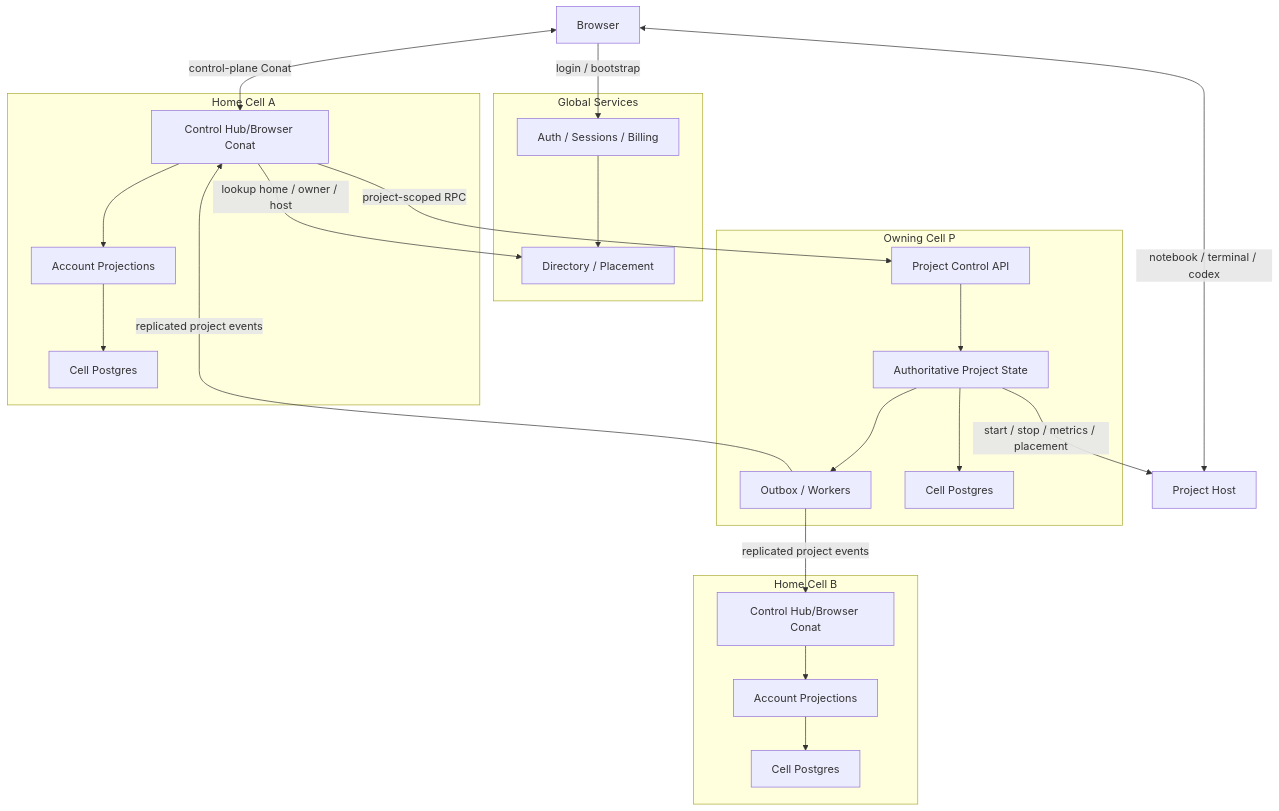
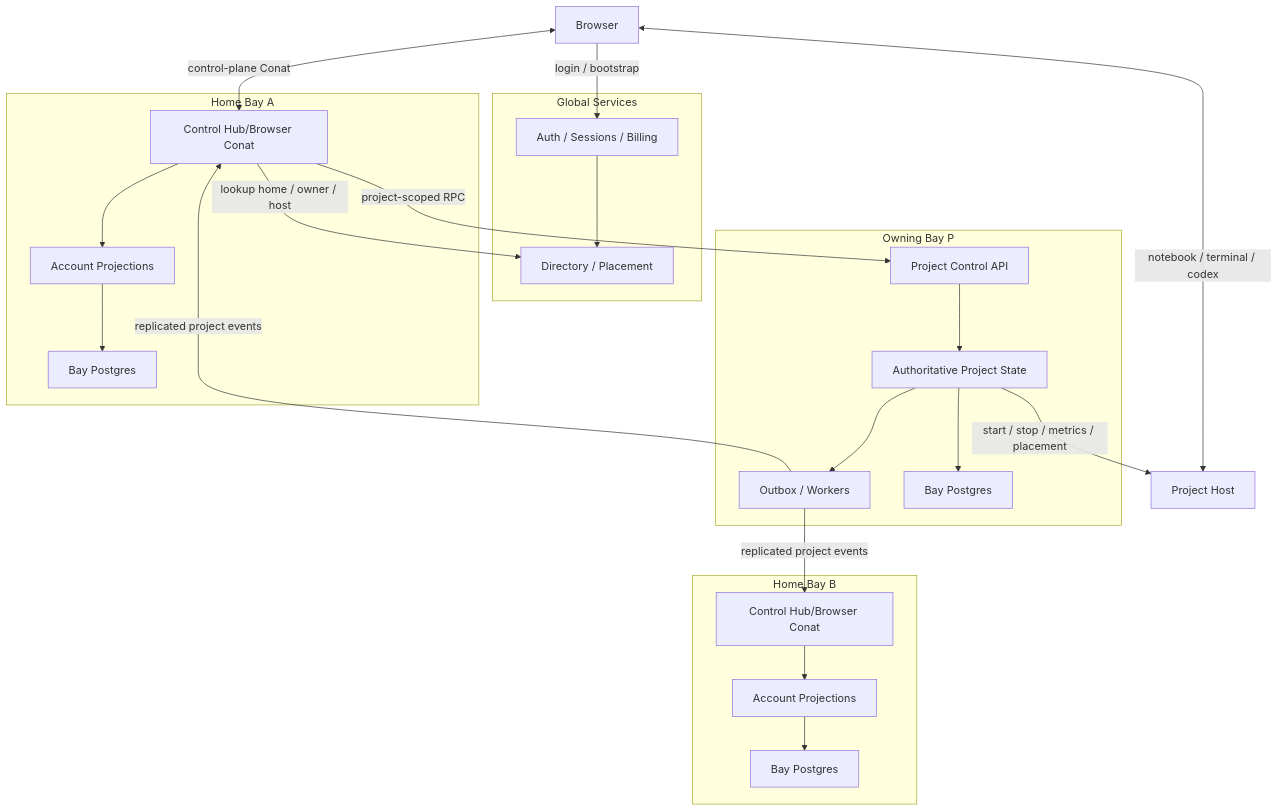
Before and after one commit to sagemathinc/cocalc-ai: the diagram in src/.agents/scalable-architecture.md, drawn with Mermaid. The commit also changed other lines of this file, not shown here.

First line of the commit message:
docs/architecture: rename cell terminology to bay

````diff
--- a/src/.agents/scalable-architecture.md
+++ b/src/.agents/scalable-architecture.md
@@ -44,49 +50,49 @@
 ```mermaid
 flowchart TD
   Browser["Browser"]
 
   subgraph Global["Global Services"]
     Auth["Auth / Sessions / Billing"]
     Dir["Directory / Placement"]
   end
 
-  subgraph HomeA["Home Cell A"]
+  subgraph HomeA["Home Bay A"]
     AHub["Control Hub/Browser Conat"]
     AProj["Account Projections"]
-    ADb["Cell Postgres"]
+    ADb["Bay Postgres"]
   end
 
-  subgraph OwnerP["Owning Cell P"]
+  subgraph OwnerP["Owning Bay P"]
     PHub["Project Control API"]
     PAuth["Authoritative Project State"]
     POut["Outbox / Workers"]
-    PDb["Cell Postgres"]
+    PDb["Bay Postgres"]
   end
 
-  subgraph HomeB["Home Cell B"]
+  subgraph HomeB["Home Bay B"]
     BHub["Control Hub/Browser Conat"]
     BProj["Account Projections"]
-    BDb["Cell Postgres"]
+    BDb["Bay Postgres"]
   end
 
   Host["Project Host"]
 
   Browser -->|login / bootstrap| Auth
   Auth --> Dir
   Browser <-->|control-plane Conat| AHub
   AHub -->|lookup home / owner / host| Dir
   AHub --> AProj
   AProj --> ADb
 
   AHub -->|project-scoped RPC| PHub
   PHub --> PAuth
   PAuth --> PDb
   PAuth -->|start / stop / metrics / placement| Host
   Browser <-->|notebook / terminal / codex| Host
 
   PAuth --> POut
   POut -->|replicated project events| AHub
   POut -->|replicated project events| BHub
   BHub --> BProj
   BProj --> BDb
 ```
````
